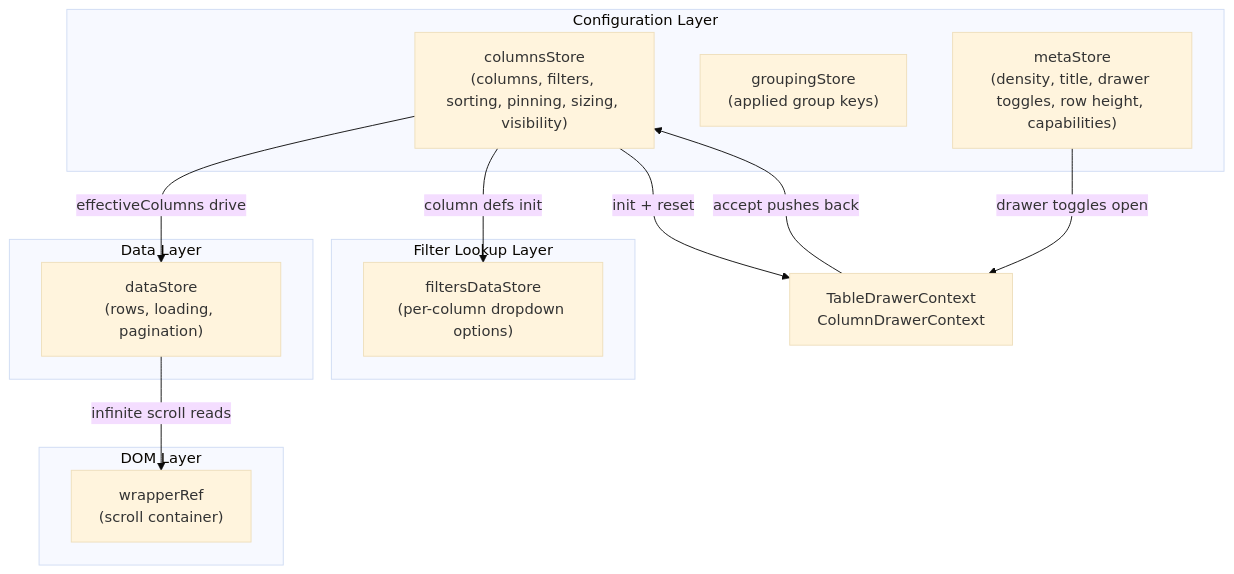
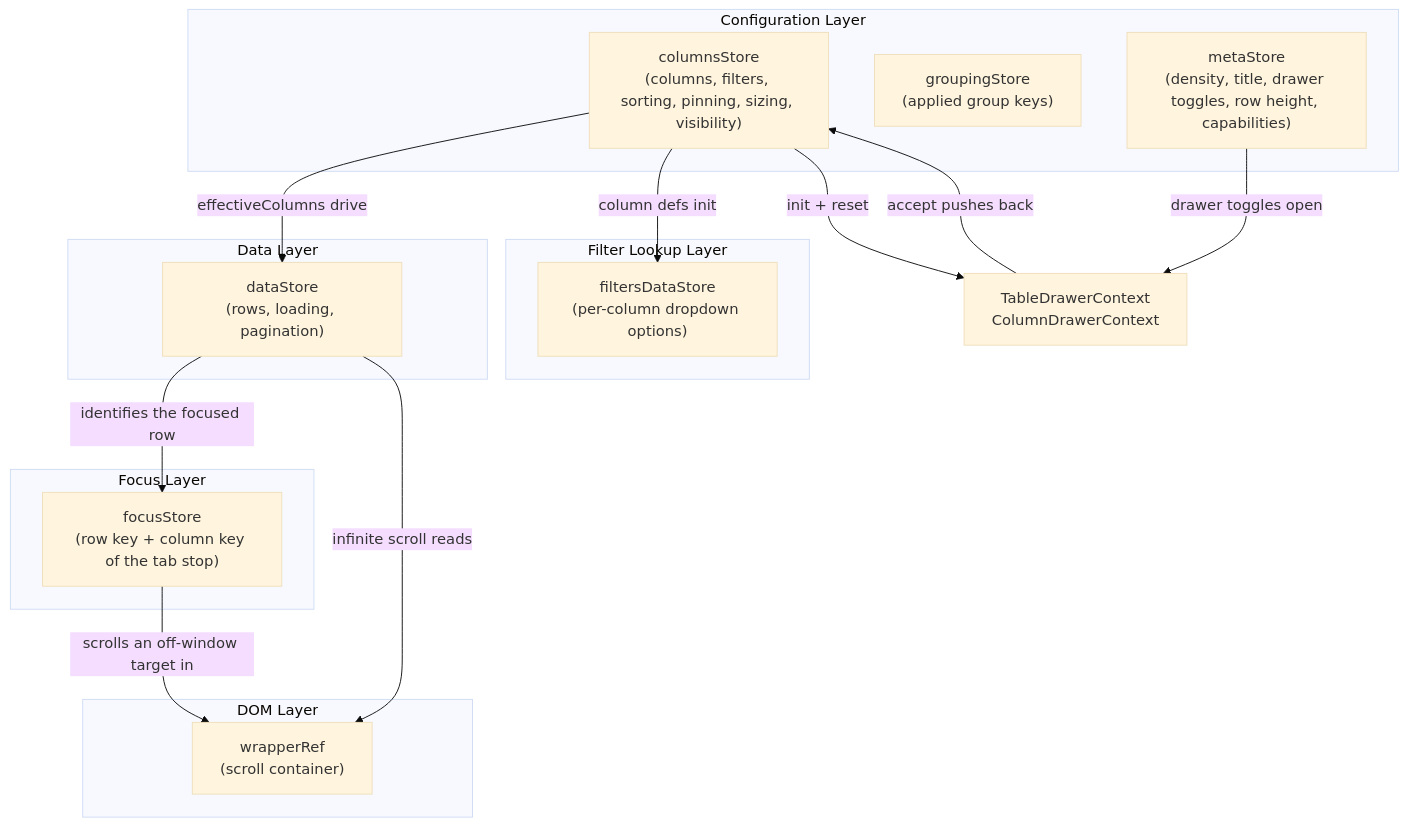
The third of 3 diagrams in packages/ui/src/components/Table/contexts/ARCHITECTURE.md (luciocabrera/lcabrera-stack), drawn with Mermaid (base theme) before and after one commit. The commit also changed other lines of this file and 107 other files, not shown here.

````diff
--- a/packages/ui/src/components/Table/contexts/ARCHITECTURE.md
+++ b/packages/ui/src/components/Table/contexts/ARCHITECTURE.md
@@ -98,27 +113,33 @@
 ```mermaid
 graph TD
   subgraph "Configuration Layer"
     CS["columnsStore<br/>(columns, filters, sorting, pinning, sizing, visibility)"]
     GS["groupingStore<br/>(applied group keys)"]
     MS["metaStore<br/>(density, title, drawer toggles, row height, capabilities)"]
   end
 
   subgraph "Filter Lookup Layer"
     FS["filtersDataStore<br/>(per-column dropdown options)"]
   end
 
   subgraph "Data Layer"
     DS["dataStore<br/>(rows, loading, pagination)"]
   end
 
+  subgraph "Focus Layer"
+    FoS["focusStore<br/>(row key + column key of the tab stop)"]
+  end
+
   subgraph "DOM Layer"
     WR["wrapperRef<br/>(scroll container)"]
   end
 
   CS -->|"effectiveColumns drive"| DS
+  DS -->|"identifies the focused row"| FoS
+  FoS -->|"scrolls an off-window target in"| WR
   CS -->|"column defs init"| FS
   DS -->|"infinite scroll reads"| WR
   MS -->|"drawer toggles open"| DrawerContexts["TableDrawerContext<br/>ColumnDrawerContext"]
   CS -->|"init + reset"| DrawerContexts
   DrawerContexts -->|"accept pushes back"| CS
 ```
````
